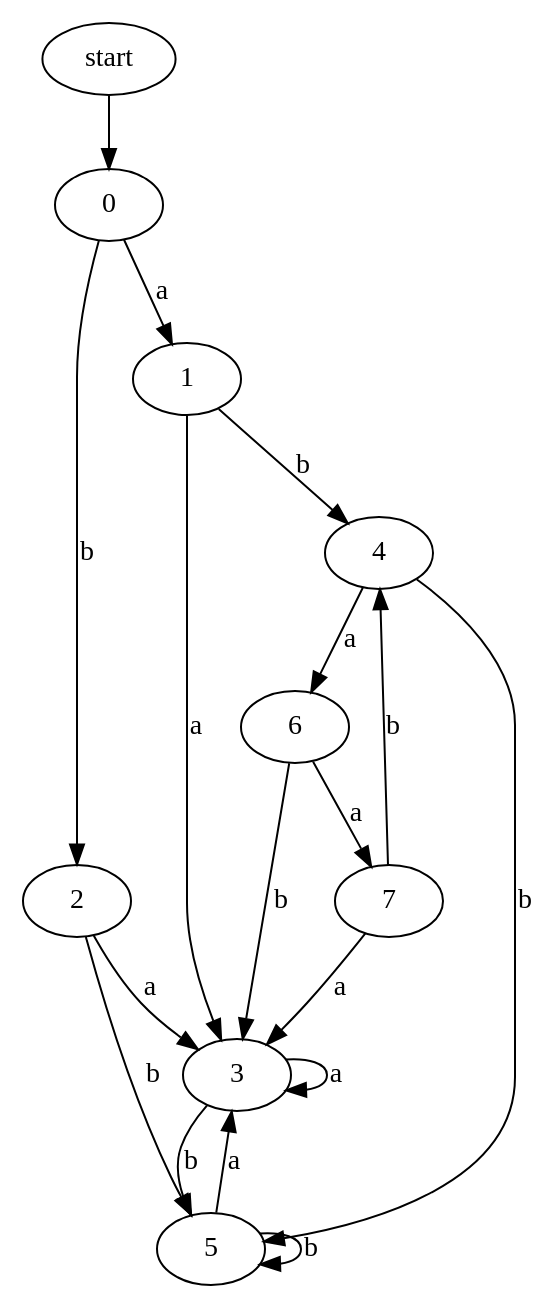
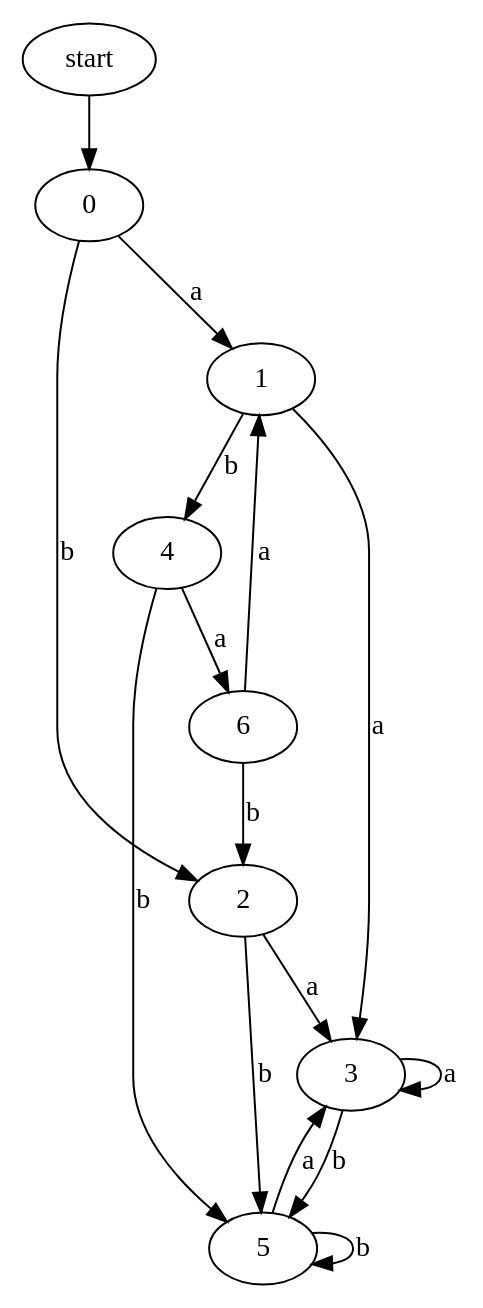
The diagram in 2.dot (jing3387/dfa), drawn with Graphviz before and after one commit. The commit also changed 9 other files, not shown here.

```diff
--- a/2.dot
+++ b/2.dot
@@ -1,22 +1,20 @@
-digraph N1 {
+digraph 2 {
   alphabet="a, b";
   accept="0, 1, 2, 3, 6";
 
   start -> 0;
   0 -> 1 [label="a"];
   0 -> 2 [label="b"];
   1 -> 3 [label="a"];
   1 -> 4 [label="b"];
   2 -> 3 [label="a"];
   2 -> 5 [label="b"];
   3 -> 3 [label="a"];
   3 -> 5 [label="b"];
   4 -> 6 [label="a"];
   4 -> 5 [label="b"];
   5 -> 3 [label="a"];
   5 -> 5 [label="b"];
-  6 -> 7 [label="a"];
-  6 -> 3 [label="b"];
-  7 -> 3 [label="a"];
-  7 -> 4 [label="b"];
+  6 -> 1 [label="a"];
+  6 -> 2 [label="b"];
 }
```
